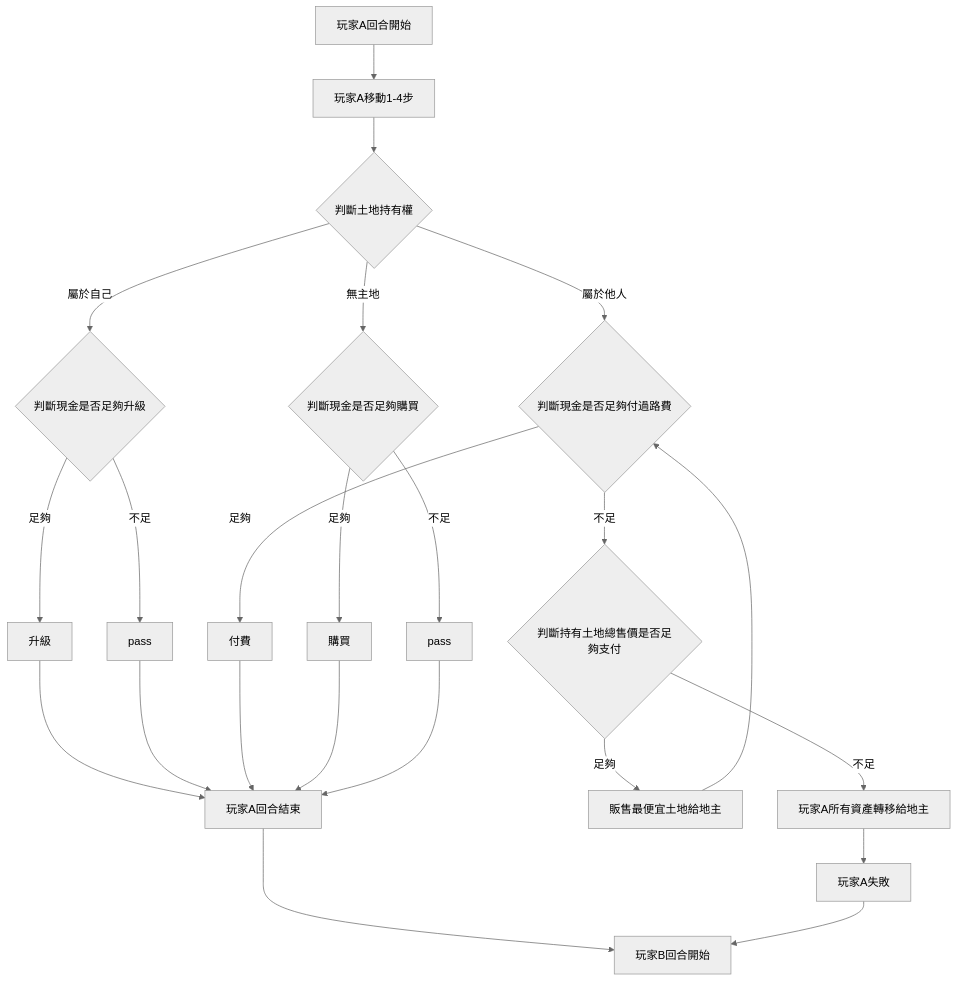
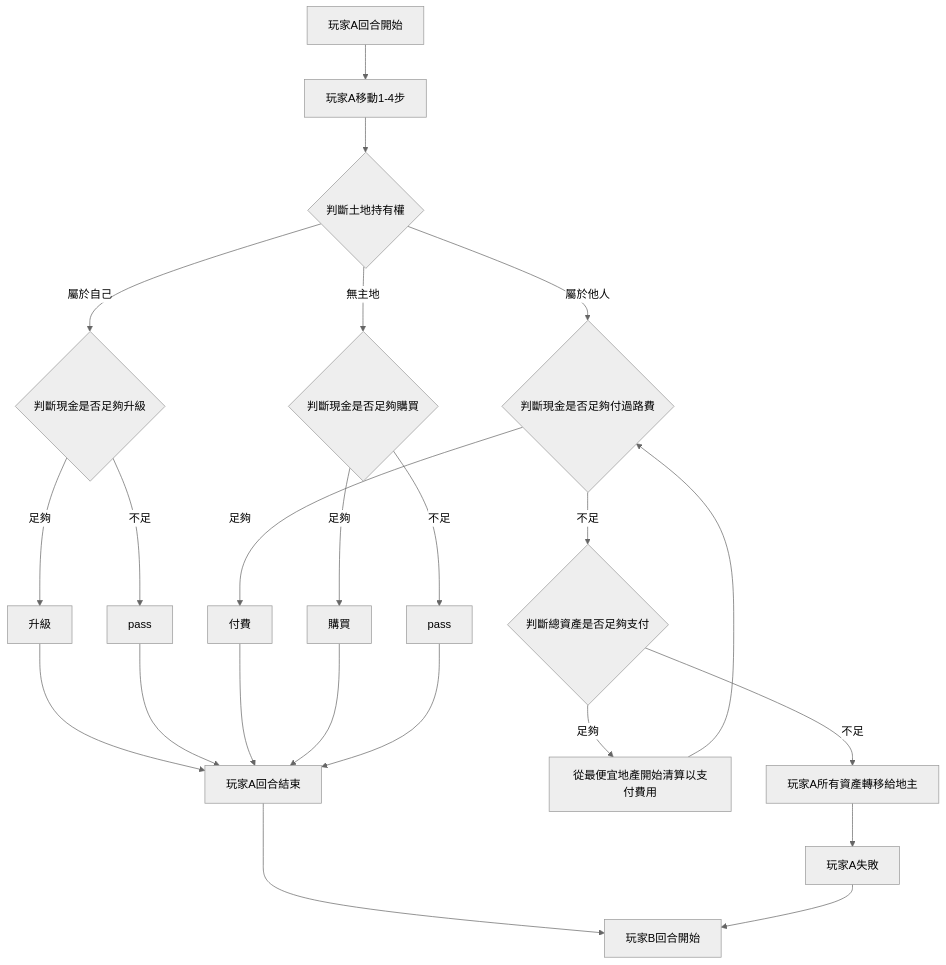
Before and after one commit to jihshiann/Monopoly: the diagram in README.md, drawn with Mermaid (neutral theme). The commit also changed 15 other files, not shown here.

````diff
--- a/README.md
+++ b/README.md
@@ -29,28 +29,28 @@
 ```mermaid
 graph TD
     A[玩家A回合開始] --> B[玩家A移動1-4步] ;
     B -->C{判斷土地持有權} ;
     
     C -->|屬於自己| D{判斷現金是否足夠升級};
     D -->|足夠| E[升級];
     E -->F[玩家A回合結束] ;
     D -->|不足| G[pass];
     G -->F;
     
     C -->|屬於他人| H{判斷現金是否足夠付過路費};
     H -->|足夠| I[付費];
     I -->F;
-    H -->|不足| J{判斷持有土地總售價是否足夠支付};
-    J -->|足夠| K[販售最便宜土地給地主];
+    H -->|不足| J{判斷總資產是否足夠支付};
+    J -->|足夠| K[從最便宜地產開始清算以支付費用];
     K -->H
     J -->|不足| L[玩家A所有資產轉移給地主];
     L -->M[玩家A失敗] ;
     
     C -->|無主地| N{判斷現金是否足夠購買};
     N -->|足夠| O[購買];
     O -->F;
     N -->|不足| P[pass];
     P -->F;
     F -->Q[玩家B回合開始]
     M -->Q
 ```
````
